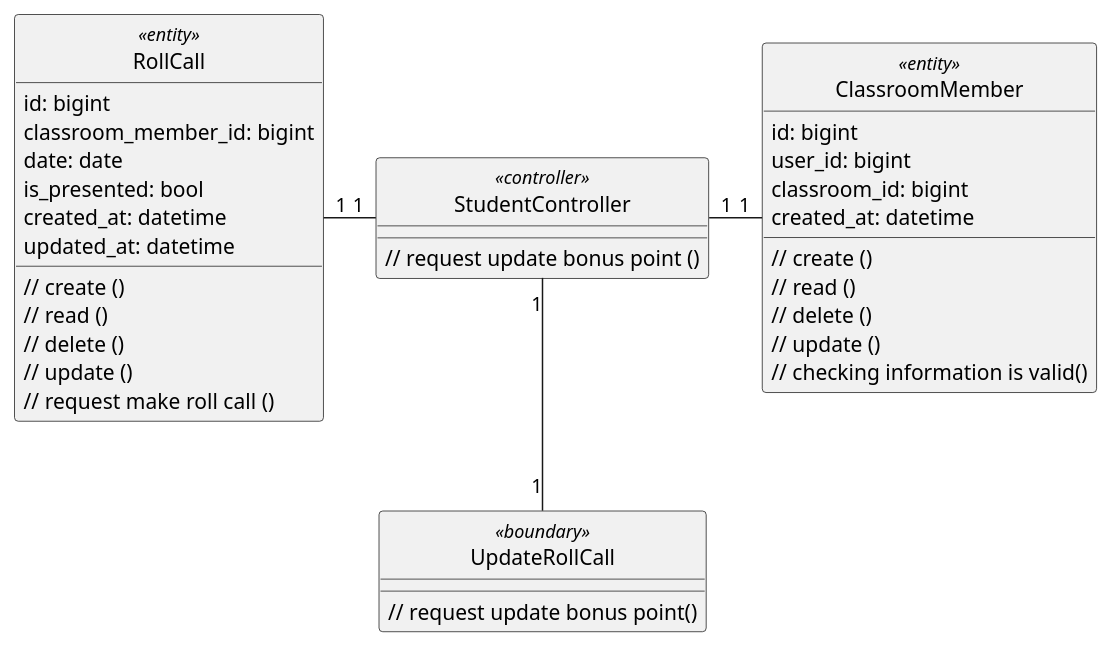
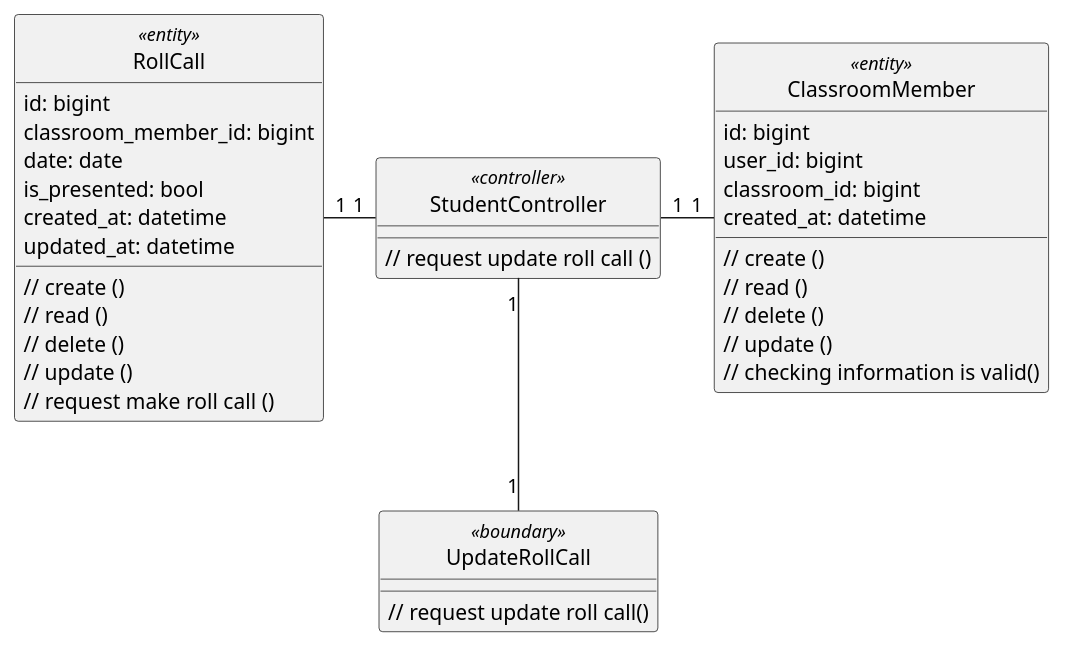
One commit to anonyhostvn/OOAD-Diagram changed the diagram in class - analysis/rollcall/updateRollCall.plantuml. Above: the diagram before and after it, drawn with PlantUML. The commit also changed 8 other files, not shown here.

```diff
--- a/class - analysis/rollcall/updateRollCall.plantuml
+++ b/class - analysis/rollcall/updateRollCall.plantuml
@@ -1,49 +1,49 @@
 @startuml updateRollCall
 
 class RollCall <<entity>> {
     id: bigint
     classroom_member_id: bigint
     date: date
     is_presented: bool
     created_at: datetime
     updated_at: datetime
 
     // create ()
     // read ()
     // delete ()
     // update ()
     // request make roll call ()
 }
 
 class ClassroomMember <<entity>> {
     id: bigint
     user_id: bigint
     classroom_id: bigint
     created_at: datetime
 
     // create ()
     // read ()
     // delete ()
     // update ()
     // checking information is valid()
 }
 
 class UpdateRollCall <<boundary>> {
-    // request update bonus point()
+    // request update roll call()
 }
 
 class StudentController <<controller>> {
-    // request update bonus point ()
+    // request update roll call ()
 }
 
 hide RollCall <<entity>> circle
 hide UpdateRollCall <<boundary>> circle
 hide StudentController <<controller>> circle
 
 StudentController "1" -left- "1" RollCall
 StudentController "1" -right- "1" ClassroomMember
 StudentController "1" -down- "1" UpdateRollCall
 
 
 
 @enduml
```
